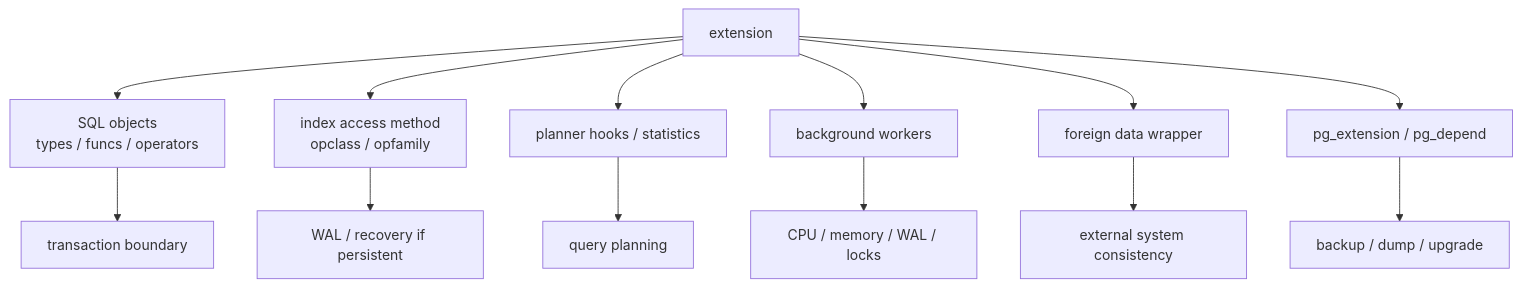
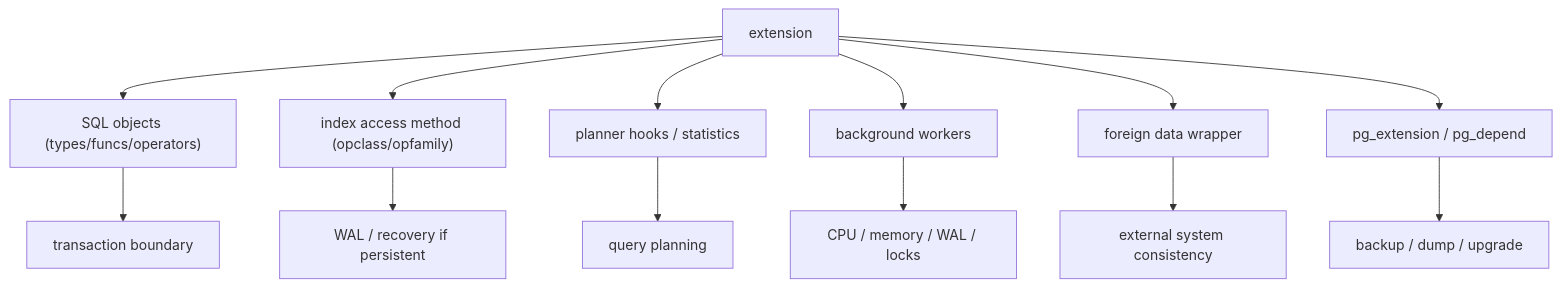
Before and after one commit to Dog-Du/Dog-Du.github.io: diagram 16 of 16 in content/posts/learning-database-industry-day011-2026-06-10-postgresql-oltp-storage.md, drawn with Mermaid. The commit also changed other lines of this file and 2 other files, not shown here.

````diff
--- a/content/posts/learning-database-industry-day011-2026-06-10-postgresql-oltp-storage.md
+++ b/content/posts/learning-database-industry-day011-2026-06-10-postgresql-oltp-storage.md
@@ -658,16 +737,16 @@
 ```mermaid
 flowchart TB
-    Ext[extension] --> SQLObj[SQL objects<br/>types / funcs / operators]
-    Ext --> IndexAM[index access method<br/>opclass / opfamily]
+    Ext[extension] --> SQLObj["SQL objects (types/funcs/operators)"]
+    Ext --> IndexAM["index access method (opclass/opfamily)"]
     Ext --> Planner[planner hooks / statistics]
     Ext --> BGW[background workers]
     Ext --> FDW[foreign data wrapper]
     Ext --> Catalog[pg_extension / pg_depend]
 
     SQLObj --> Txn[transaction boundary]
     IndexAM --> WAL[WAL / recovery if persistent]
     Planner --> Query[query planning]
     BGW --> Resources[CPU / memory / WAL / locks]
     FDW --> External[external system consistency]
     Catalog --> Backup[backup / dump / upgrade]
 ```
````
